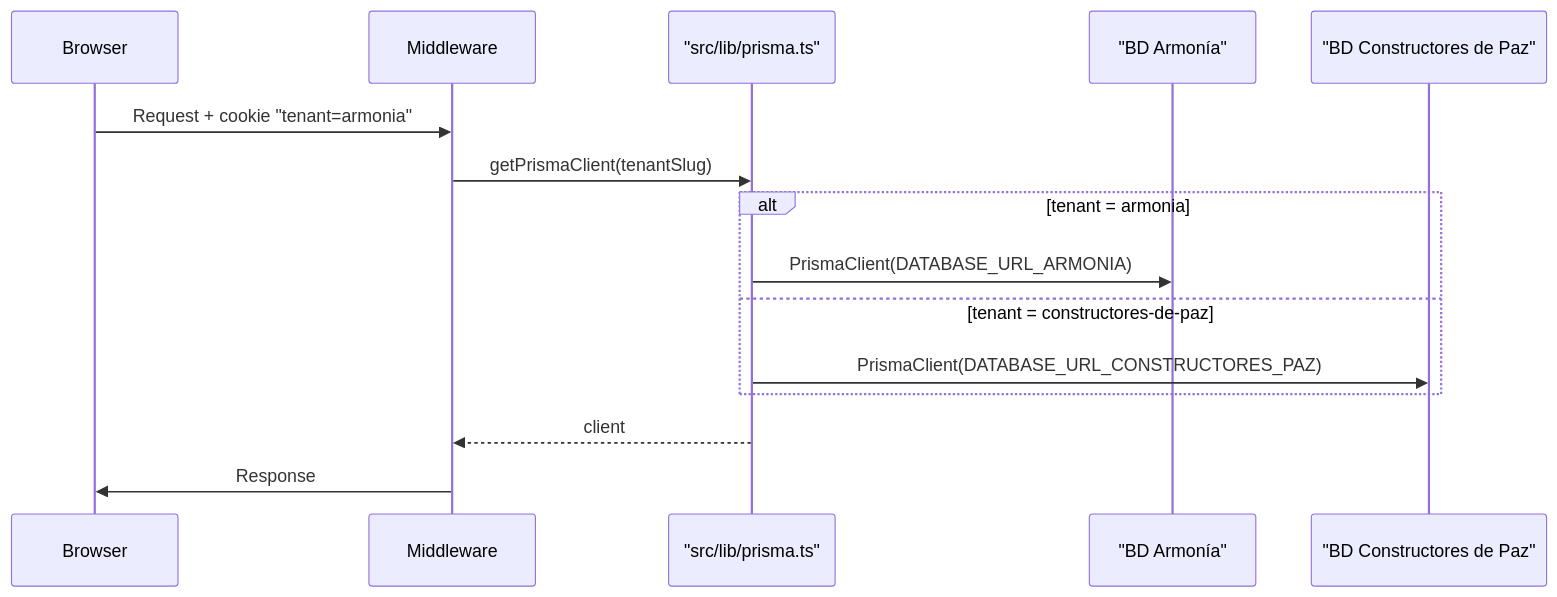
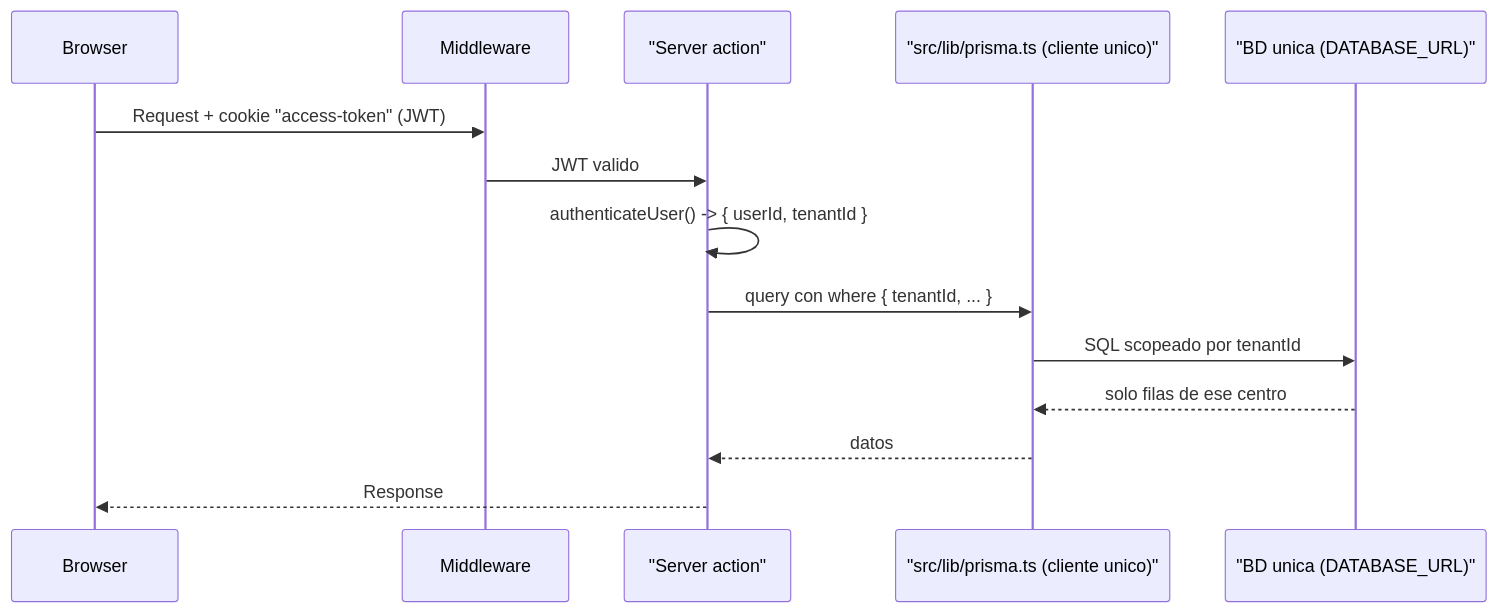
The second of 9 diagrams in docs/ARQUITECTURA.md (insolventic/insolventic), drawn with Mermaid before and after one commit. The commit also changed other lines of this file, not shown here.

````diff
--- a/docs/ARQUITECTURA.md
+++ b/docs/ARQUITECTURA.md
@@ -50,18 +50,17 @@
 ```mermaid
 sequenceDiagram
     participant Browser
     participant Middleware
-    participant PrismaResolver as "src/lib/prisma.ts"
-    participant DB_Armonia as "BD Armonía"
-    participant DB_Construpaz as "BD Constructores de Paz"
+    participant Action as "Server action"
+    participant Prisma as "src/lib/prisma.ts (cliente unico)"
+    participant DB as "BD unica (DATABASE_URL)"
 
-    Browser->>Middleware: Request + cookie "tenant=armonia"
-    Middleware->>PrismaResolver: getPrismaClient(tenantSlug)
-    alt tenant = armonia
-        PrismaResolver->>DB_Armonia: PrismaClient(DATABASE_URL_ARMONIA)
-    else tenant = constructores-de-paz
-        PrismaResolver->>DB_Construpaz: PrismaClient(DATABASE_URL_CONSTRUCTORES_PAZ)
-    end
-    PrismaResolver-->>Middleware: client
-    Middleware->>Browser: Response
+    Browser->>Middleware: Request + cookie "access-token" (JWT)
+    Middleware->>Action: JWT valido
+    Action->>Action: authenticateUser() -> { userId, tenantId }
+    Action->>Prisma: query con where { tenantId, ... }
+    Prisma->>DB: SQL scopeado por tenantId
+    DB-->>Prisma: solo filas de ese centro
+    Prisma-->>Action: datos
+    Action-->>Browser: Response
 ```
````
